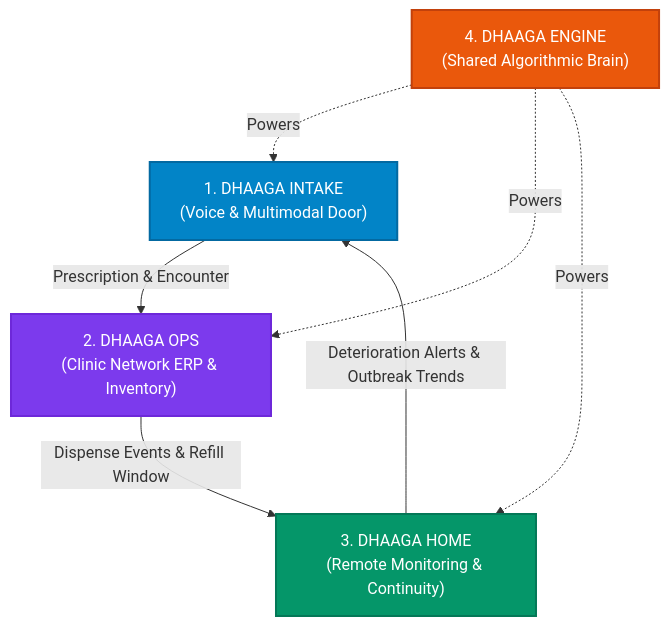
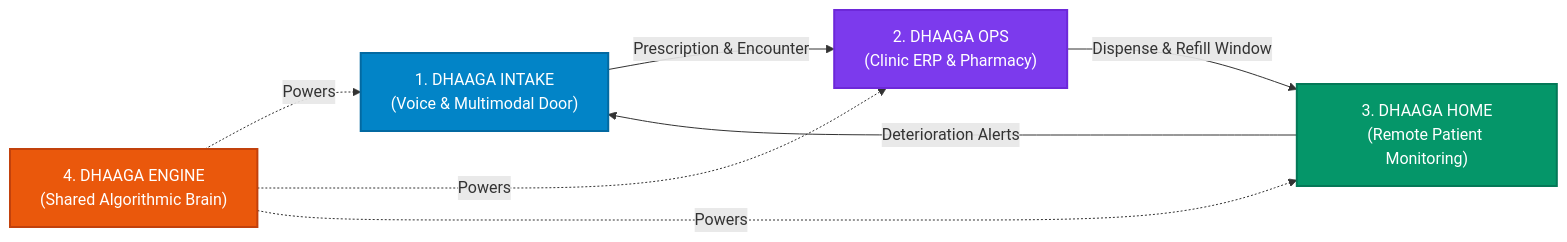
The third of 4 diagrams in README.md (potlasrisharan/hackshift-sudarshan), drawn with Mermaid before and after one commit. The commit also changed other lines of this file, not shown here.

Commit message:
docs: update comprehensive README for DHAAGA continuity-of-care platform

````diff
--- a/README.md
+++ b/README.md
@@ -178,19 +124,19 @@
 ```mermaid
-graph TD
-    M1["1. DHAAGA INTAKE\n(Voice & Multimodal Door)"] -->|"Prescription & Encounter"| M2["2. DHAAGA OPS\n(Clinic Network ERP & Inventory)"]
-    M2 -->|"Dispense Events & Refill Window"| M3["3. DHAAGA HOME\n(Remote Monitoring & Continuity)"]
-    M3 -->|"Deterioration Alerts & Outbreak Trends"| M1
+graph LR
+    M1["1. DHAAGA INTAKE\n(Voice & Multimodal Door)"] -->|"Prescription & Encounter"| M2["2. DHAAGA OPS\n(Clinic ERP & Pharmacy)"]
+    M2 -->|"Dispense & Refill Window"| M3["3. DHAAGA HOME\n(Remote Patient Monitoring)"]
+    M3 -->|"Deterioration Alerts"| M1
     M4["4. DHAAGA ENGINE\n(Shared Algorithmic Brain)"] -. Powers .-> M1
     M4 -. Powers .-> M2
     M4 -. Powers .-> M3
 
     classDef intake fill:#0284c7,stroke:#0369a1,stroke-width:2px,color:#fff;
     classDef ops fill:#7c3aed,stroke:#6d28d9,stroke-width:2px,color:#fff;
     classDef home fill:#059669,stroke:#047857,stroke-width:2px,color:#fff;
     classDef engine fill:#ea580c,stroke:#c2410c,stroke-width:2px,color:#fff;
 
     class M1 intake;
     class M2 ops;
     class M3 home;
     class M4 engine;
 ```
````
